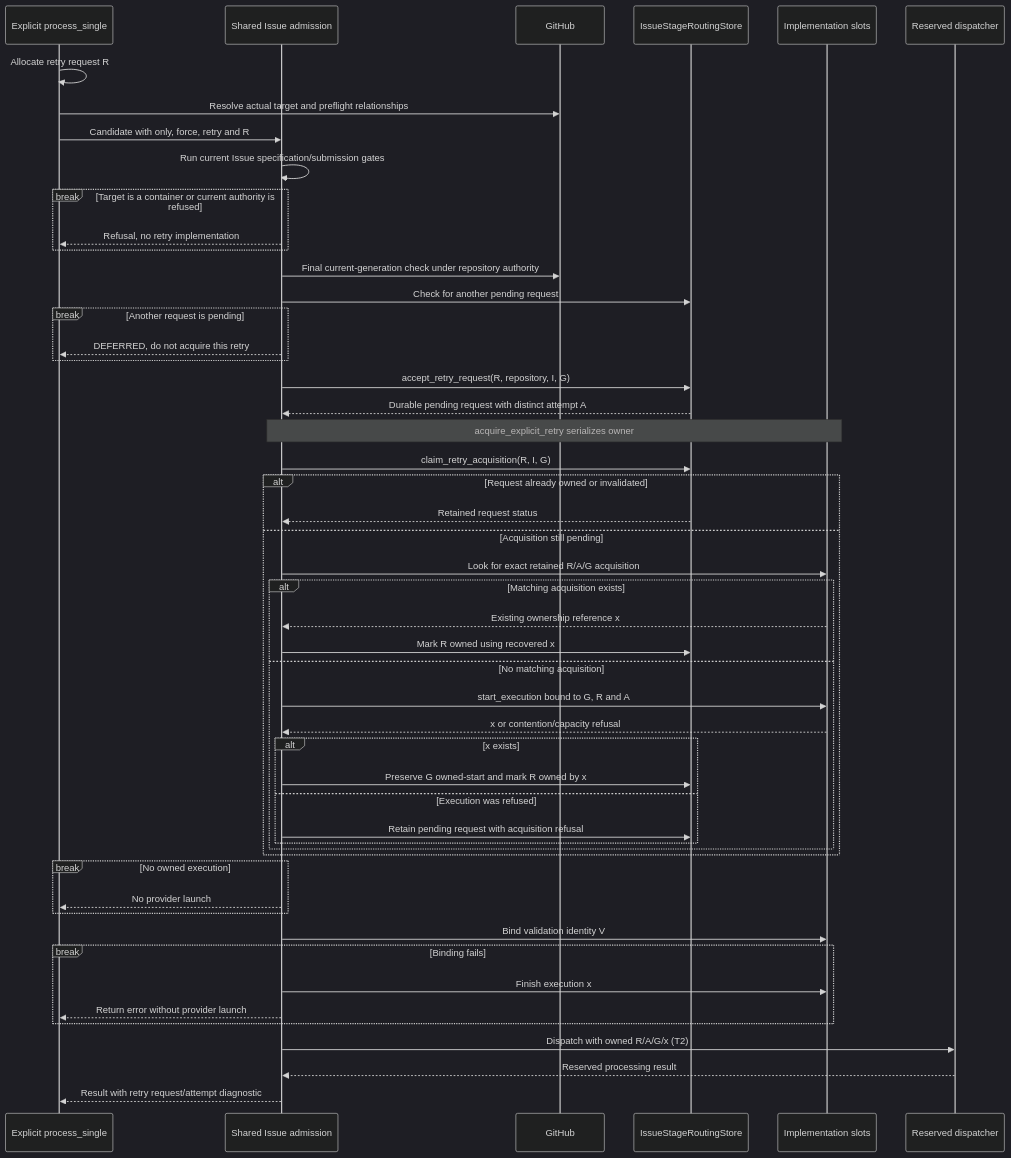
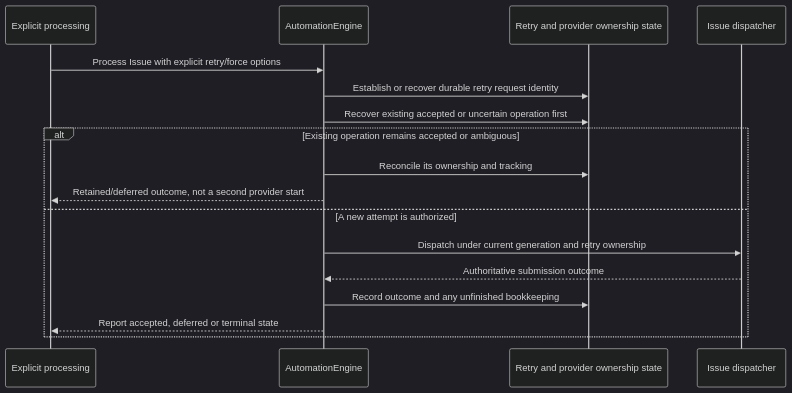
The first of 2 diagrams in docs/architecture/as-is/issue-retry-and-recovery.md (kitamura-tetsuo/auto-coder), drawn with Mermaid (dark theme) before and after one commit. The commit also changed other lines of this file and 14 other files, not shown here.

First line of the commit message:
docs: refresh as-is sequences and map refactoring boundaries

````diff
--- a/docs/architecture/as-is/issue-retry-and-recovery.md
+++ b/docs/architecture/as-is/issue-retry-and-recovery.md
@@ -9,53 +7,19 @@
 ```mermaid
 sequenceDiagram
-    participant U as Explicit process_single
-    participant E as Shared Issue admission
-    participant G as GitHub
-    participant R as IssueStageRoutingStore
-    participant S as Implementation slots
-    participant H as Reserved dispatcher
-    U->>U: Allocate retry request R
-    U->>G: Resolve actual target and preflight relationships
-    U->>E: Candidate with only, force, retry and R
-    E->>E: Run current Issue specification/submission gates
-    break Target is a container or current authority is refused
-        E-->>U: Refusal, no retry implementation
+    participant CLI as Explicit processing
+    participant E as AutomationEngine
+    participant S as Retry and provider ownership state
+    participant D as Issue dispatcher
+    CLI->>E: Process Issue with explicit retry/force options
+    E->>S: Establish or recover durable retry request identity
+    E->>S: Recover existing accepted or uncertain operation first
+    alt Existing operation remains accepted or ambiguous
+        E->>S: Reconcile its ownership and tracking
+        E-->>CLI: Retained/deferred outcome, not a second provider start
+    else A new attempt is authorized
+        E->>D: Dispatch under current generation and retry ownership
+        D-->>E: Authoritative submission outcome
+        E->>S: Record outcome and any unfinished bookkeeping
+        E-->>CLI: Report accepted, deferred or terminal state
     end
-    E->>G: Final current-generation check under repository authority
-    E->>R: Check for another pending request
-    break Another request is pending
-        E-->>U: DEFERRED, do not acquire this retry
-    end
-    E->>R: accept_retry_request(R, repository, I, G)
-    R-->>E: Durable pending request with distinct attempt A
-    Note over E,S: acquire_explicit_retry serializes owner
-    E->>R: claim_retry_acquisition(R, I, G)
-    alt Request already owned or invalidated
-        R-->>E: Retained request status
-    else Acquisition still pending
-        E->>S: Look for exact retained R/A/G acquisition
-        alt Matching acquisition exists
-            S-->>E: Existing ownership reference x
-            E->>R: Mark R owned using recovered x
-        else No matching acquisition
-            E->>S: start_execution bound to G, R and A
-            S-->>E: x or contention/capacity refusal
-            alt x exists
-                E->>R: Preserve G owned-start and mark R owned by x
-            else Execution was refused
-                E->>R: Retain pending request with acquisition refusal
-            end
-        end
-    end
-    break No owned execution
-        E-->>U: No provider launch
-    end
-    E->>S: Bind validation identity V
-    break Binding fails
-        E->>S: Finish execution x
-        E-->>U: Return error without provider launch
-    end
-    E->>H: Dispatch with owned R/A/G/x (T2)
-    H-->>E: Reserved processing result
-    E-->>U: Result with retry request/attempt diagnostic
 ```
````
